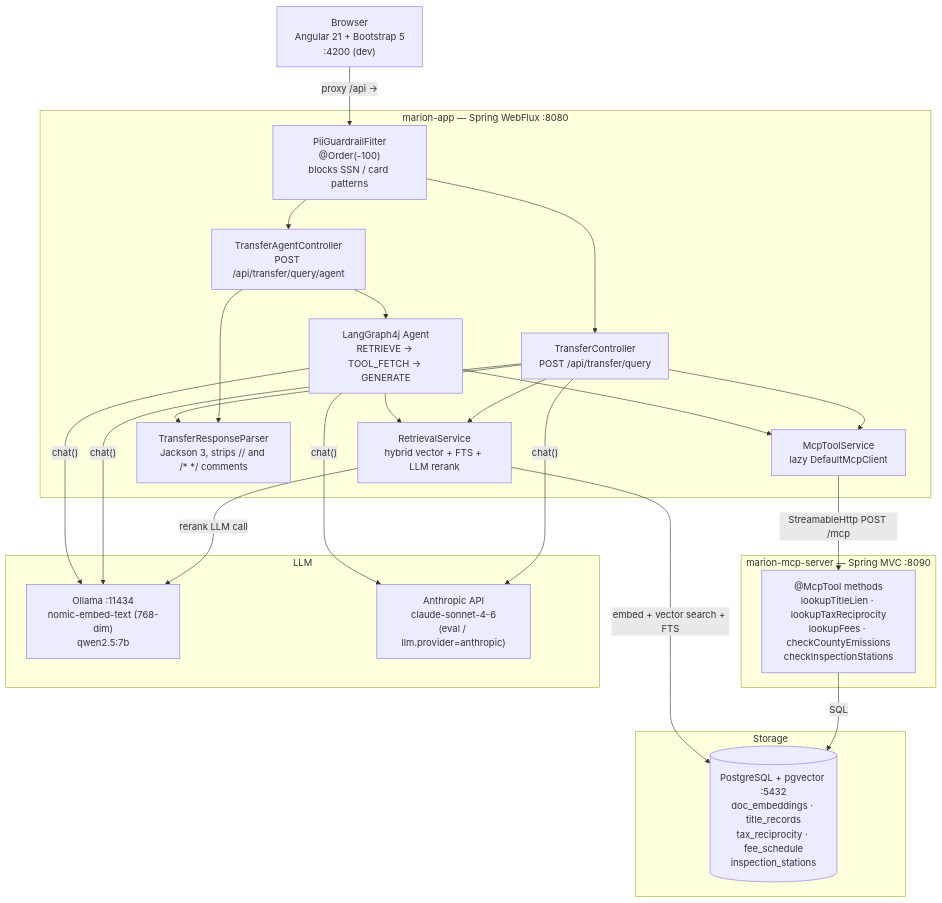
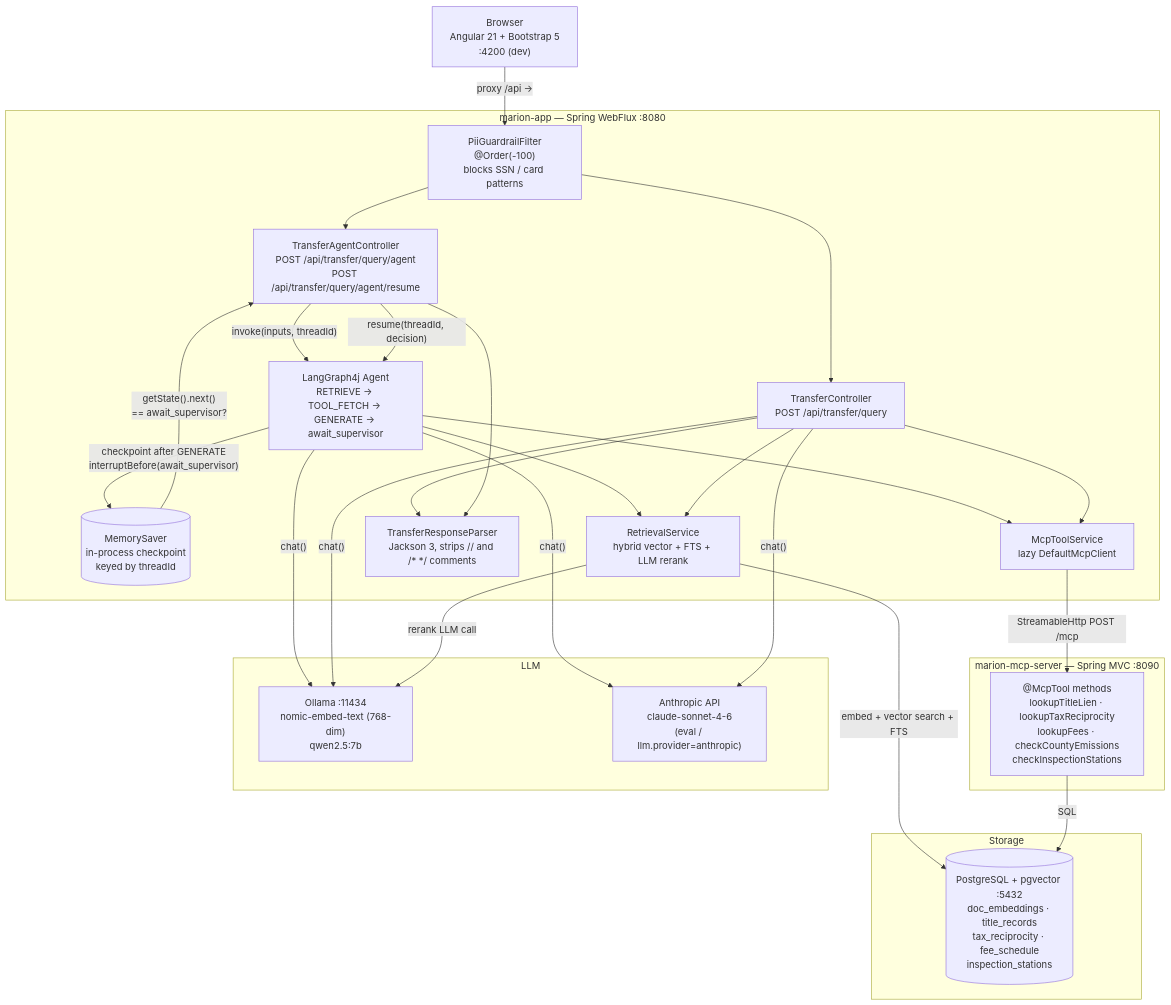
Before and after one commit to srikanthkaushik/title-ai: the first of 7 diagrams in docs/architecture.md, drawn with Mermaid. The commit also changed other lines of this file and 11 other files, not shown here.

First line of the commit message:
Milestone 12: human-in-the-loop supervisor review, with decision fed back to the model

````diff
--- a/docs/architecture.md
+++ b/docs/architecture.md
@@ -5,46 +5,50 @@
 ```mermaid
 graph TD
     Browser["Browser\nAngular 21 + Bootstrap 5\n:4200 (dev)"]
 
     subgraph marion-app ["marion-app — Spring WebFlux :8080"]
         PII["PiiGuardrailFilter\n@Order(-100)\nblocks SSN / card patterns"]
         TC["TransferController\nPOST /api/transfer/query"]
-        TAC["TransferAgentController\nPOST /api/transfer/query/agent"]
-        Graph["LangGraph4j Agent\nRETRIEVE → TOOL_FETCH → GENERATE"]
+        TAC["TransferAgentController\nPOST /api/transfer/query/agent\nPOST /api/transfer/query/agent/resume"]
+        Graph["LangGraph4j Agent\nRETRIEVE → TOOL_FETCH → GENERATE → await_supervisor"]
+        Checkpoint[("MemorySaver\nin-process checkpoint\nkeyed by threadId")]
         Retrieval["RetrievalService\nhybrid vector + FTS + LLM rerank"]
         MCP_Client["McpToolService\nlazy DefaultMcpClient"]
         Parser["TransferResponseParser\nJackson 3, strips // and /* */ comments"]
     end
 
     subgraph marion-mcp-server ["marion-mcp-server — Spring MVC :8090"]
         Tools["@McpTool methods\nlookupTitleLien · lookupTaxReciprocity\nlookupFees · checkCountyEmissions\ncheckInspectionStations"]
     end
 
     subgraph Storage
         PG[("PostgreSQL + pgvector :5432\ndoc_embeddings · title_records\ntax_reciprocity · fee_schedule\ninspection_stations")]
     end
 
     subgraph LLM
         Ollama["Ollama :11434\nnomic-embed-text (768-dim)\nqwen2.5:7b"]
         Anthropic["Anthropic API\nclaude-sonnet-4-6\n(eval / llm.provider=anthropic)"]
     end
 
     Browser -->|"proxy /api →"| PII
     PII --> TC
     PII --> TAC
-    TAC --> Graph
+    TAC -->|"invoke(inputs, threadId)"| Graph
+    TAC -->|"resume(threadId, decision)"| Graph
+    Graph -->|"checkpoint after GENERATE\ninterruptBefore(await_supervisor)"| Checkpoint
+    Checkpoint -->|"getState().next()\n== await_supervisor?"| TAC
     Graph --> Retrieval
     Graph --> MCP_Client
     Graph -->|"chat()"| Ollama
     Graph -->|"chat()"| Anthropic
     TC --> Retrieval
     TC --> MCP_Client
     TC -->|"chat()"| Ollama
     TC -->|"chat()"| Anthropic
     Retrieval -->|"embed + vector search + FTS"| PG
     Retrieval -->|"rerank LLM call"| Ollama
     MCP_Client -->|"StreamableHttp POST /mcp"| Tools
     Tools -->|SQL| PG
     TC --> Parser
     TAC --> Parser
 ```
````
